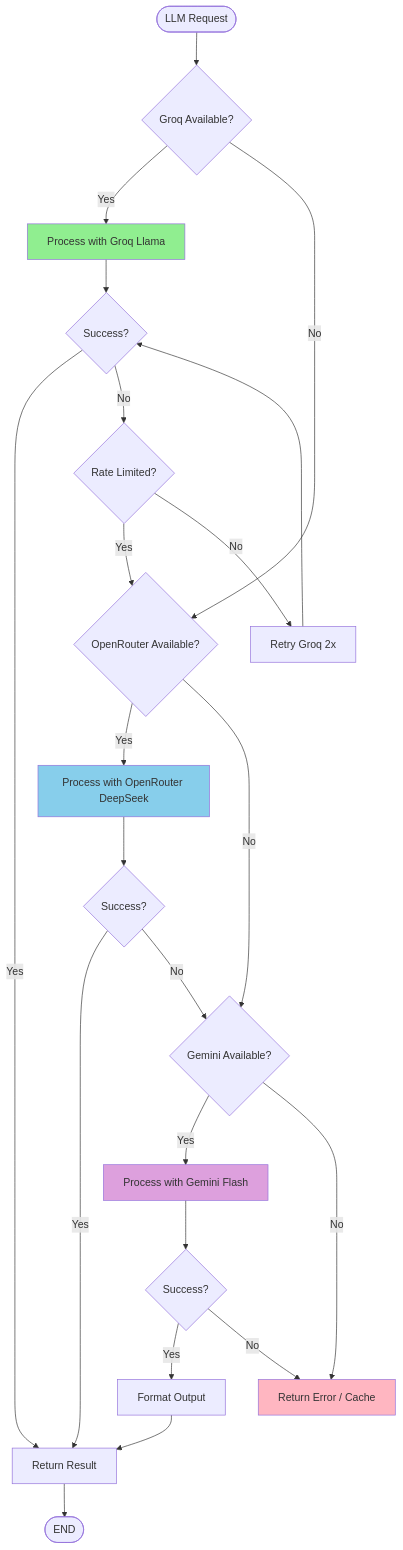
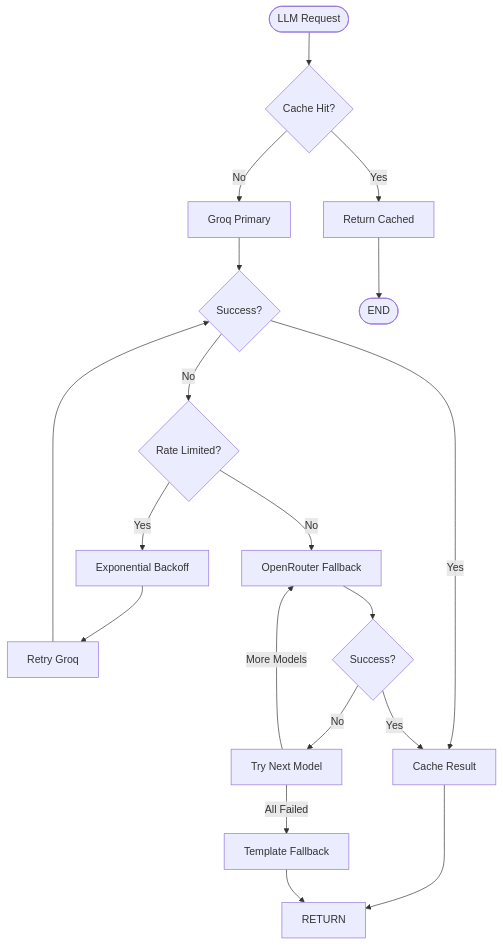
One commit to himanshu231204/ai-news-intelligence changed the fourth of 9 diagrams in docs/ARCHITECTURE.md. Above: the diagram before and after it, drawn with Mermaid. The commit also changed other lines of this file and 8 other files, not shown here.

First line of the commit message:
Enhance architecture and deployment documentation; optimize Dockerfile and Render configuration

````diff
--- a/docs/ARCHITECTURE.md
+++ b/docs/ARCHITECTURE.md
@@ -210,39 +168,27 @@
 ```mermaid
 flowchart TD
-    START([LLM Request]) --> CHECK_GROQ{ Groq Available?}
+    START([LLM Request]) --> CHECK_CACHE{Cache Hit?}
+    CHECK_CACHE -->|Yes| RETURN_CACHE[Return Cached]
+    CHECK_CACHE -->|No| GROQ[Groq Primary]
     
-    CHECK_GROQ -->|Yes| GROQ_PROCESS[Process with Groq Llama]
-    CHECK_GROQ -->|No| CHECK_OR{ OpenRouter Available?}
-    
-    GROQ_PROCESS --> GROQ_SUCCESS{Success?}
-    GROQ_SUCCESS -->|Yes| RETURN_RESULT[Return Result]
+    GROQ --> GROQ_SUCCESS{Success?}
+    GROQ_SUCCESS -->|Yes| CACHE_SET[Cache Result]
     GROQ_SUCCESS -->|No| RATE_LIMIT{Rate Limited?}
     
-    RATE_LIMIT -->|Yes| CHECK_OR
-    RATE_LIMIT -->|No| RETRY_GROQ[Retry Groq 2x]
-    RETRY_GROQ --> GROQ_SUCCESS
+    RATE_LIMIT -->|Yes| BACKOFF[Exponential Backoff]
+    BACKOFF --> GROQ_RETRY[Retry Groq]
+    GROQ_RETRY --> GROQ_SUCCESS
     
-    CHECK_OR -->|Yes| OR_PROCESS[Process with OpenRouter DeepSeek]
-    CHECK_OR -->|No| CHECK_GM{ Gemini Available?}
+    RATE_LIMIT -->|No| OR[OpenRouter Fallback]
     
-    OR_PROCESS --> OR_SUCCESS{Success?}
-    OR_SUCCESS -->|Yes| RETURN_RESULT
-    OR_SUCCESS -->|No| CHECK_GM
+    OR --> OR_SUCCESS{Success?}
+    OR_SUCCESS -->|Yes| CACHE_SET
+    OR_SUCCESS -->|No| TRY_NEXT[Try Next Model]
     
-    CHECK_GM -->|Yes| GM_PROCESS[Process with Gemini Flash]
-    CHECK_GM -->|No| FALLBACK[Return Error / Cache]
+    TRY_NEXT -->|More Models| OR
+    TRY_NEXT -->|All Failed| TEMPLATE[Template Fallback]
     
-    GM_PROCESS --> GM_SUCCESS{Success?}
-    GM_SUCCESS -->|Yes| FORMAT[Format Output]
-    GM_SUCCESS -->|No| FALLBACK
-    
-    FORMAT --> RETURN_RESULT
-    
-    RETURN_RESULT --> END([END])
-    
-    %% Styling
-    style GROQ_PROCESS fill:#90EE90
-    style OR_PROCESS fill:#87CEEB
-    style GM_PROCESS fill:#DDA0DD
-    style FALLBACK fill:#FFB6C1
+    CACHE_SET --> RETURN
+    TEMPLATE --> RETURN
+    RETURN_CACHE --> END([END])
 ```
````
